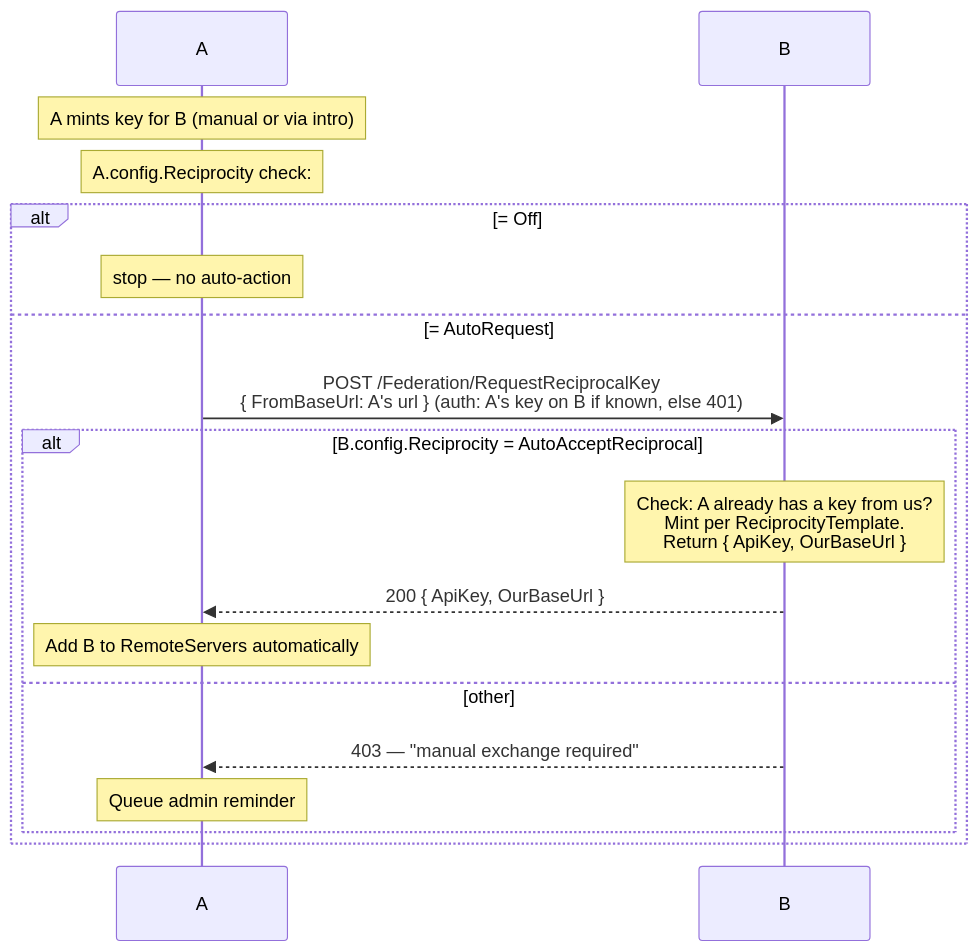
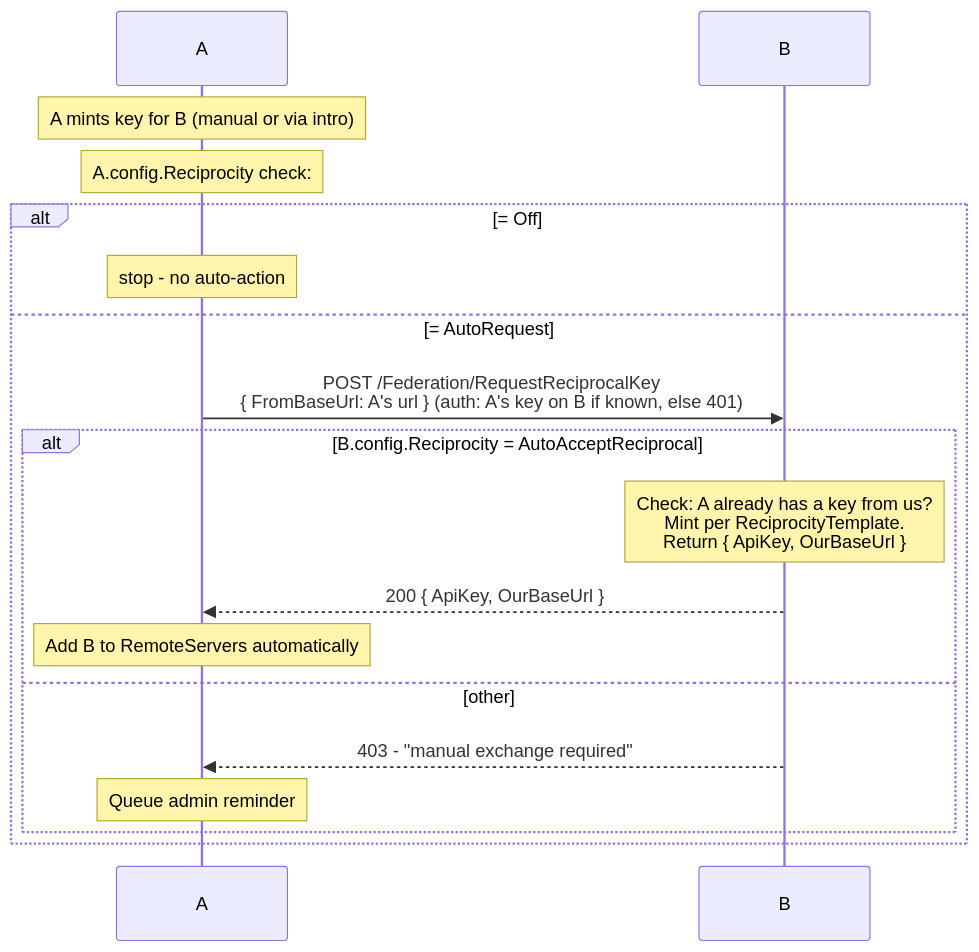
Before and after one commit to Vozec/Jellymesh: the second of 2 diagrams in docs/introductions.md, drawn with Mermaid. The commit also changed other lines of this file and 29 other files, not shown here.

````diff
--- a/docs/introductions.md
+++ b/docs/introductions.md
@@ -91,22 +91,22 @@
 ```mermaid
 sequenceDiagram
     participant A
     participant B
 
     Note over A: A mints key for B (manual or via intro)
     Note over A: A.config.Reciprocity check:
 
     alt = Off
-        Note over A: stop — no auto-action
+        Note over A: stop - no auto-action
     else = AutoRequest
         A->>B: POST /Federation/RequestReciprocalKey<br/>{ FromBaseUrl: A's url } (auth: A's key on B if known, else 401)
         alt B.config.Reciprocity = AutoAcceptReciprocal
             Note over B: Check: A already has a key from us?<br/>Mint per ReciprocityTemplate.<br/>Return { ApiKey, OurBaseUrl }
             B-->>A: 200 { ApiKey, OurBaseUrl }
             Note over A: Add B to RemoteServers automatically
         else other
-            B-->>A: 403 — "manual exchange required"
+            B-->>A: 403 - "manual exchange required"
             Note over A: Queue admin reminder
         end
     end
 ```
````
